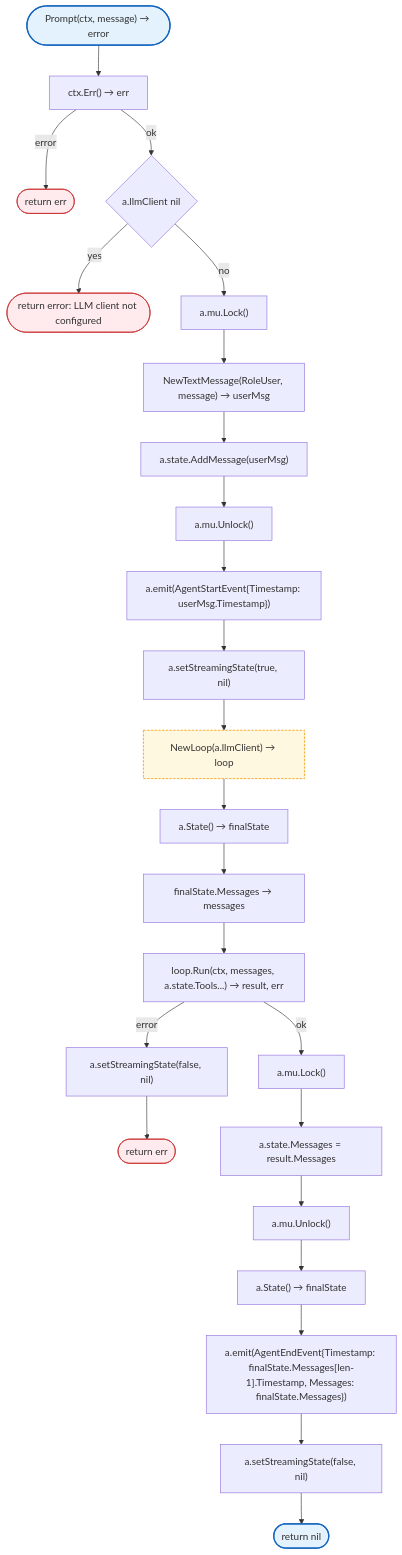
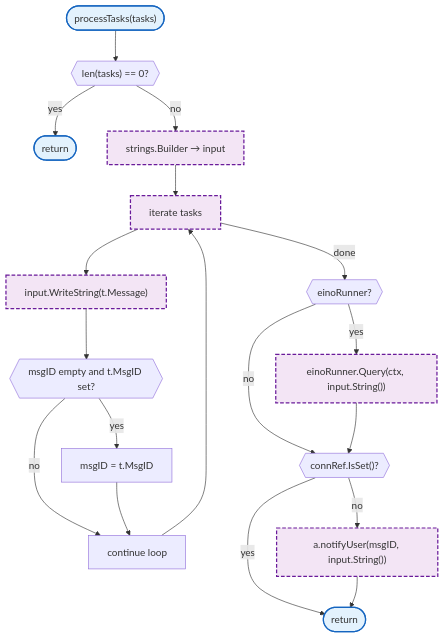
Before and after one commit to radch-ai/ava: the fifth of 7 diagrams in docs/internal/agent/README.md, drawn with Mermaid. The commit also changed other lines of this file and 38 other files, not shown here.

````diff
--- a/docs/internal/agent/README.md
+++ b/docs/internal/agent/README.md
@@ -133,38 +149,26 @@
 ```mermaid
 flowchart TB
-    Start(["Prompt(ctx, message) → error"]) --> CheckCtx["ctx.Err() → err"]
-    CheckCtx -->|error| Err1(["return err"])
-    CheckCtx -->|ok| CheckLLM{a.llmClient nil}
-    CheckLLM -->|yes| Err2(["return error: LLM client not configured"])
-    CheckLLM -->|no| Lock["a.mu.Lock()"]
-    Lock --> NewUserMsg["NewTextMessage(RoleUser, message) → userMsg"]
-    NewUserMsg --> AddMsg["a.state.AddMessage(userMsg)"]
-    AddMsg --> Unlock["a.mu.Unlock()"]
-    Unlock --> EmitStart["a.emit(AgentStartEvent{Timestamp: userMsg.Timestamp})"]
-    EmitStart --> SetStream["a.setStreamingState(true, nil)"]
-    SetStream --> NewLoop["NewLoop(a.llmClient) → loop"]
-    NewLoop --> GetMsgs["a.State() → finalState"]
-    GetMsgs --> ExtractMsgs["finalState.Messages → messages"]
-    ExtractMsgs --> RunLoop["loop.Run(ctx, messages, a.state.Tools...) → result, err"]
-    RunLoop -->|error| ClearStreamErr["a.setStreamingState(false, nil)"]
-    ClearStreamErr --> Err3(["return err"])
-    RunLoop -->|ok| LockState["a.mu.Lock()"]
-    LockState --> UpdateMsgs["a.state.Messages = result.Messages"]
-    UpdateMsgs --> UnlockState["a.mu.Unlock()"]
-    UnlockState --> GetFinalState["a.State() → finalState"]
-    GetFinalState --> EmitEnd["a.emit(AgentEndEvent{Timestamp: finalState.Messages[len-1].Timestamp, Messages: finalState.Messages})"]
-    EmitEnd --> ClearStream["a.setStreamingState(false, nil)"]
-    ClearStream --> Return(["return nil"])
-
-    click NewTextMessage href "types.md"
-    click NewLoop href "loop.md"
+    Start(["processTasks(tasks)"]) --> CheckLen{{"len(tasks) == 0?"}}
+    CheckLen -->|yes| Return(["return"])
+    CheckLen -->|no| BuildInput["strings.Builder → input"]
+    BuildInput --> ForTasks["iterate tasks"]
+    ForTasks --> AppendMsg["input.WriteString(t.Message)"]
+    AppendMsg --> CheckMsgID{{"msgID empty and t.MsgID set?"}}
+    CheckMsgID -->|yes| SetMsgID["msgID = t.MsgID"]
+    CheckMsgID -->|no| LoopNext
+    SetMsgID --> LoopNext["continue loop"]
+    LoopNext --> ForTasks
+    ForTasks -->|done| CheckRunner{{"einoRunner?"}}
+    CheckRunner -->|yes| Query["einoRunner.Query(ctx, input.String())"]
+    CheckRunner -->|no| CheckConn
+    Query --> CheckConn{{"connRef.IsSet()?"}}
+    CheckConn -->|no| NotifyUser["a.notifyUser(msgID, input.String())"]
+    CheckConn -->|yes| Return2(["return"])
+    NotifyUser --> Return2
 
     classDef mainFn fill:#e3f2fd,stroke:#1565c0,stroke-width:2px
     classDef internalFn fill:#f3e5f5,stroke:#6a1b9a,stroke-width:2px,stroke-dasharray:6 3
-    classDef localPkgs fill:#fff8e1,stroke:#f9a825,stroke-width:1.5px,stroke-dasharray:4 2
-    classDef errorFlow fill:#ffebee,stroke:#c62828,stroke-width:1px
 
-    class Start,Return mainFn
-    class NewTextMessage,NewLoop localPkgs
-    class Err1,Err2,Err3 errorFlow
+    class Start,Return,Return2 mainFn
+    class BuildInput,ForTasks,AppendMsg,Query,NotifyUser internalFn
 ```
````
